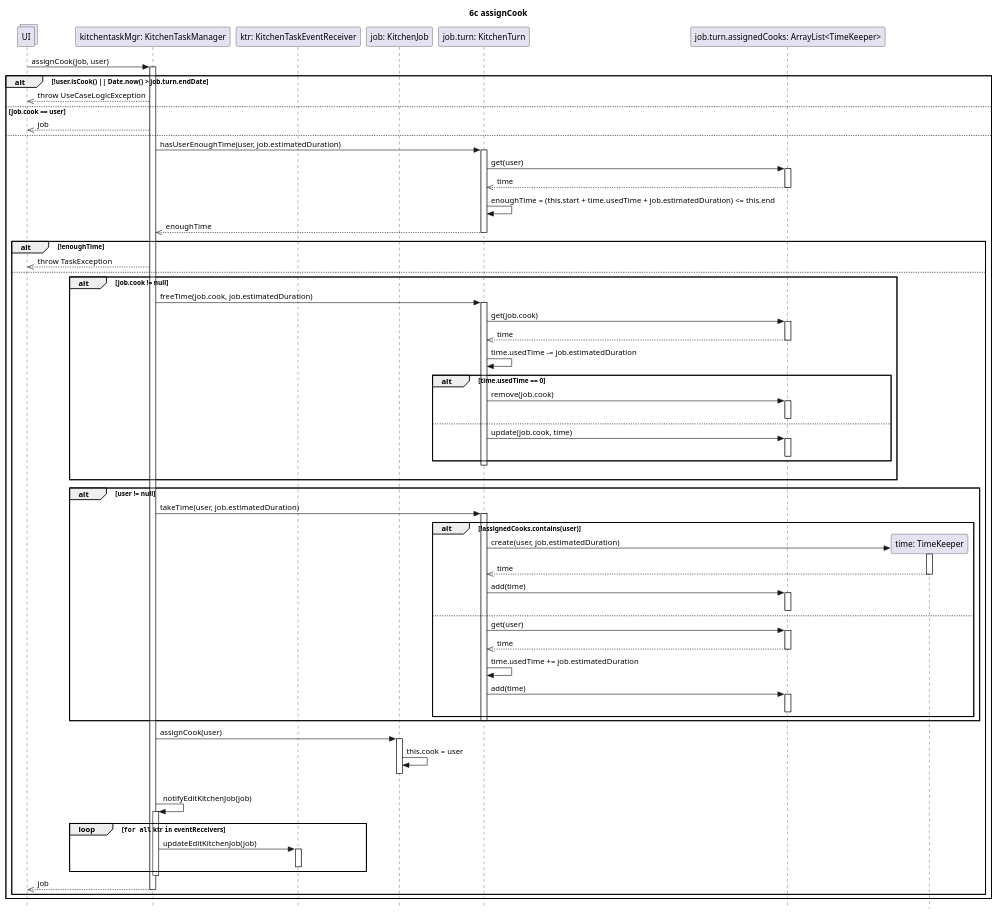
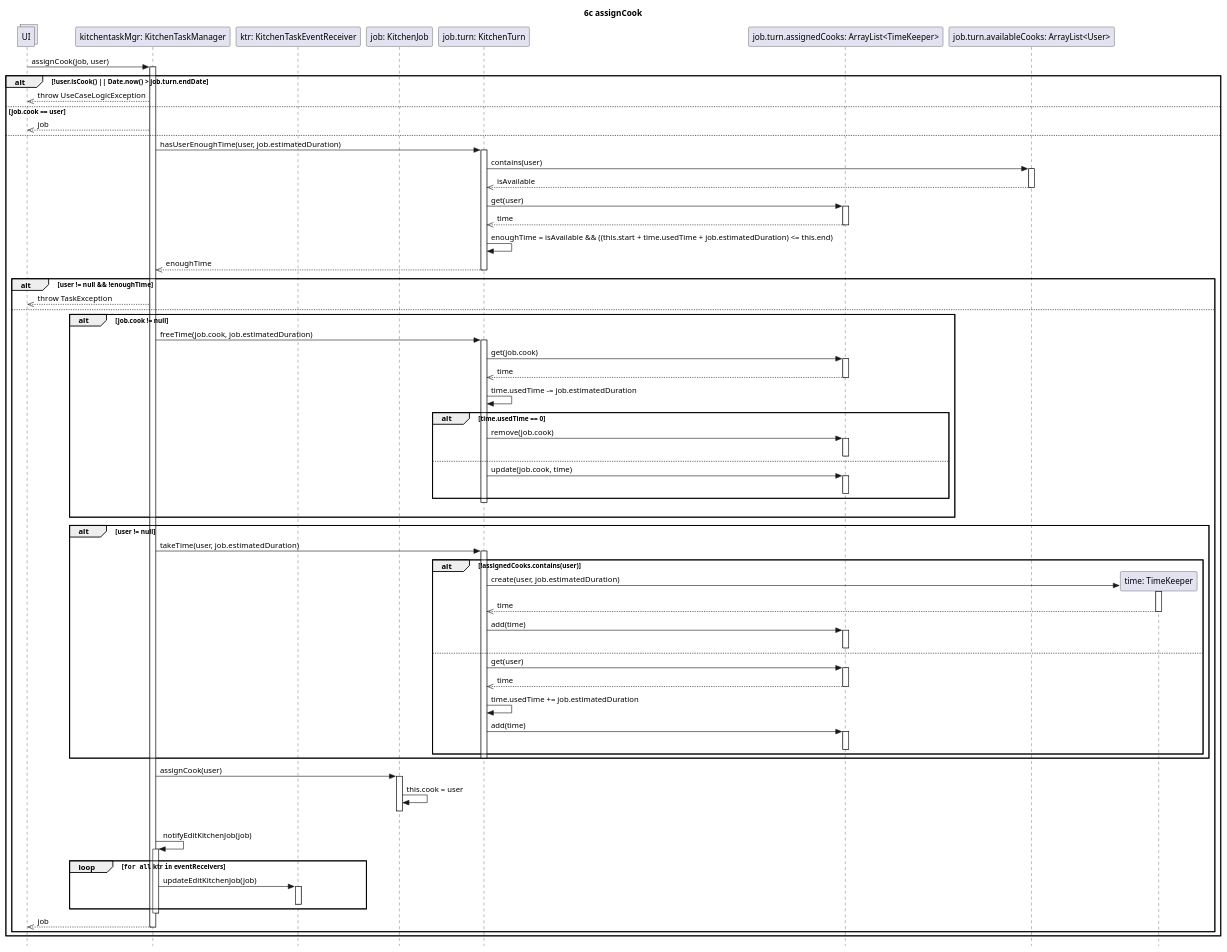
Before and after one commit to stefa168/sas-project: the diagram in UP/Progettazione/UC Gestire Compiti Cucina/DSD/DSD Operazione 6c.puml, drawn with PlantUML.

Commit message:
Adattato il DSD per usare le disponibilità

```diff
--- a/UP/Progettazione/UC Gestire Compiti Cucina/DSD/DSD Operazione 6c.puml
+++ b/UP/Progettazione/UC Gestire Compiti Cucina/DSD/DSD Operazione 6c.puml
@@ -1,112 +1,118 @@
 @startuml
 skinparam Style strictuml
 
 title 6c assignCook
 
 collections UI
 
 participant "kitchentaskMgr: KitchenTaskManager" as ktm
 participant "ktr: KitchenTaskEventReceiver" as ktr
 participant "job: KitchenJob" as job
 participant "job.turn: KitchenTurn" as turn
 participant "job.turn.assignedCooks: ArrayList<TimeKeeper>" as cooks
+participant "job.turn.availableCooks: ArrayList<User>" as availabilities
 
 UI -> ktm: assignCook(job, user)
 activate ktm
 alt !user.isCook() || Date.now() > job.turn.endDate
     UI <<-- ktm: throw UseCaseLogicException
 else job.cook == user
     UI <<-- ktm: job
 else
     ktm -> turn: hasUserEnoughTime(user, job.estimatedDuration)
     activate turn
 
+    turn -> availabilities: contains(user)
+    activate availabilities
+        turn <<-- availabilities: isAvailable
+    deactivate availabilities
+
     turn -> cooks: get(user)
     activate cooks
     turn <<--cooks: time
     deactivate cooks
 
-    turn -> turn: enoughTime = (this.start + time.usedTime + job.estimatedDuration) <= this.end
+    turn -> turn: enoughTime = isAvailable && ((this.start + time.usedTime + job.estimatedDuration) <= this.end)
 
     ktm <<-- turn: enoughTime
     deactivate turn
 
-    alt !enoughTime
+    alt user != null && !enoughTime
         UI <<-- ktm: throw TaskException
     else
         alt job.cook != null
             ktm -> turn: freeTime(job.cook, job.estimatedDuration)
             activate turn
                 turn -> cooks: get(job.cook)
                 activate cooks
                 turn <<-- cooks: time
                 deactivate cooks
 
                 turn -> turn: time.usedTime -= job.estimatedDuration
 
                 ' se per caso liberando del tempo ci accorgiamo che il TimeKeeper è vuoto, cancelliamolo.
                 alt time.usedTime == 0
                     turn -> cooks: remove(job.cook)
                     activate cooks
                     deactivate cooks
                 ' altrimenti aggiorniamo il tempo.
                 else
                     turn -> cooks: update(job.cook, time)
                     activate cooks
                     deactivate cooks
                 end
             deactivate turn
             |||
         end
 
         alt user != null
             ktm -> turn: takeTime(user, job.estimatedDuration)
             activate turn
 
             participant "time: TimeKeeper" as newTime
 
             ' potrebbe trattarsi del primo incarico assegnato all cuoco in questo turno.
             alt !assignedCooks.contains(user)
                 turn -> newTime**: create(user, job.estimatedDuration)
                 activate newTime
                 turn <<-- newTime: time
                 deactivate newTime
 
                 turn -> cooks: add(time)
                 activate cooks
                 deactivate cooks
             else
                 turn -> cooks: get(user)
                 activate cooks
                 turn <<-- cooks: time
                 deactivate cooks
                 turn -> turn: time.usedTime += job.estimatedDuration
 
                 turn -> cooks: add(time)
                 activate cooks
                 deactivate cooks
             end
             deactivate turn
         end
 
         ktm -> job: assignCook(user)
         activate job
         job -> job: this.cook = user
         ktm <[hidden]-- job:
         deactivate job
 
         |||
         ktm -> ktm: notifyEditKitchenJob(job)
         activate ktm
         loop ""for all"" ktr ""in"" eventReceivers
             ktm -> ktr : updateEditKitchenJob(job)
             activate ktr
             deactivate ktr
         end
         deactivate ktm
 
         UI <<-- ktm: job
         deactivate ktm
         end
 end
 @enduml
```
